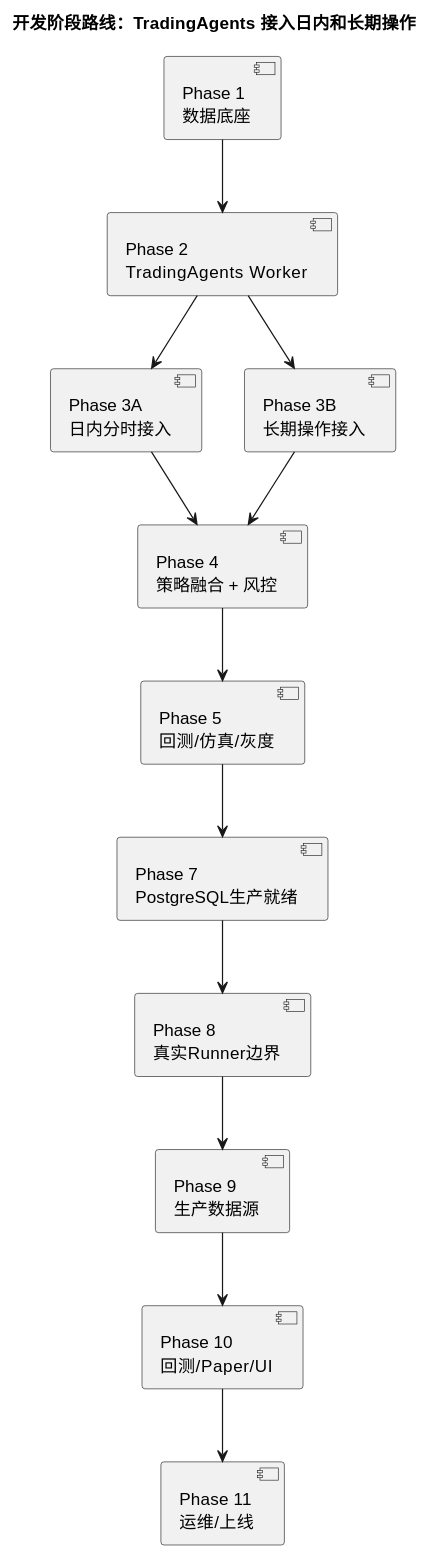
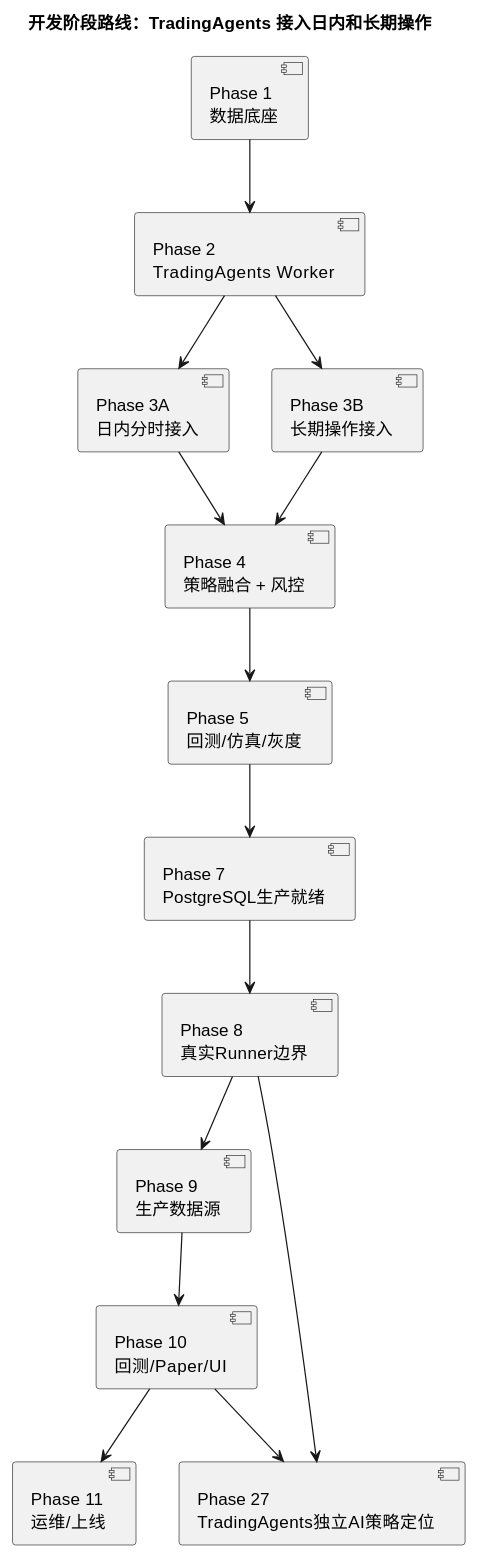
One commit to zhoudirac-C/vnpy changed diagram 16 of 16 in docs/community/info/custom_quant_architecture.md. Above: the diagram before and after it, drawn with PlantUML. The commit also changed other lines of this file and 24 other files, not shown here.

Commit message:
feat: add independent TradingAgents strategy flow

````diff
--- a/docs/community/info/custom_quant_architecture.md
+++ b/docs/community/info/custom_quant_architecture.md
@@ -1210,33 +1265,36 @@
 ```plantuml
 @startuml
 title 开发阶段路线：TradingAgents 接入日内和长期操作
 
 skinparam shadowing false
 skinparam packageStyle rectangle
 
 component "Phase 1\n数据底座" as P1
 component "Phase 2\nTradingAgents Worker" as P2
 component "Phase 3A\n日内分时接入" as P3A
 component "Phase 3B\n长期操作接入" as P3B
 component "Phase 4\n策略融合 + 风控" as P4
 component "Phase 5\n回测/仿真/灰度" as P5
 component "Phase 7\nPostgreSQL生产就绪" as P7
 component "Phase 8\n真实Runner边界" as P8
 component "Phase 9\n生产数据源" as P9
 component "Phase 10\n回测/Paper/UI" as P10
 component "Phase 11\n运维/上线" as P11
+component "Phase 27\nTradingAgents独立AI策略定位" as P27
 
 P1 --> P2
 P2 --> P3A
 P2 --> P3B
 P3A --> P4
 P3B --> P4
 P4 --> P5
 P5 --> P7
 P7 --> P8
 P8 --> P9
 P9 --> P10
 P10 --> P11
+P8 --> P27
+P10 --> P27
 
 @enduml
 ```
````
